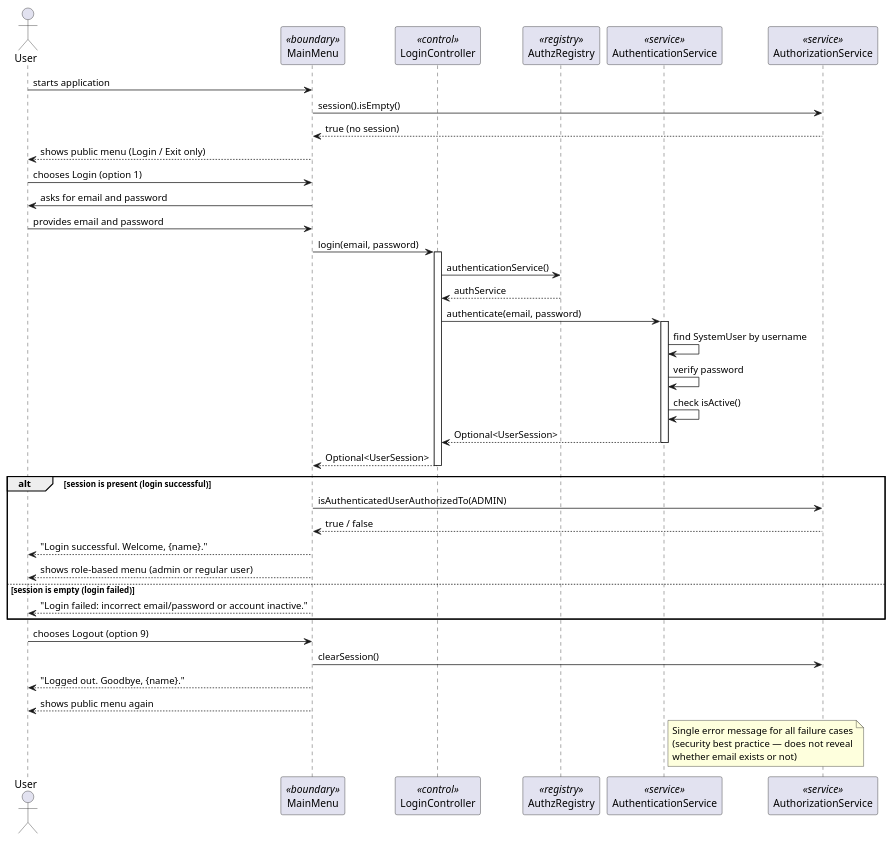
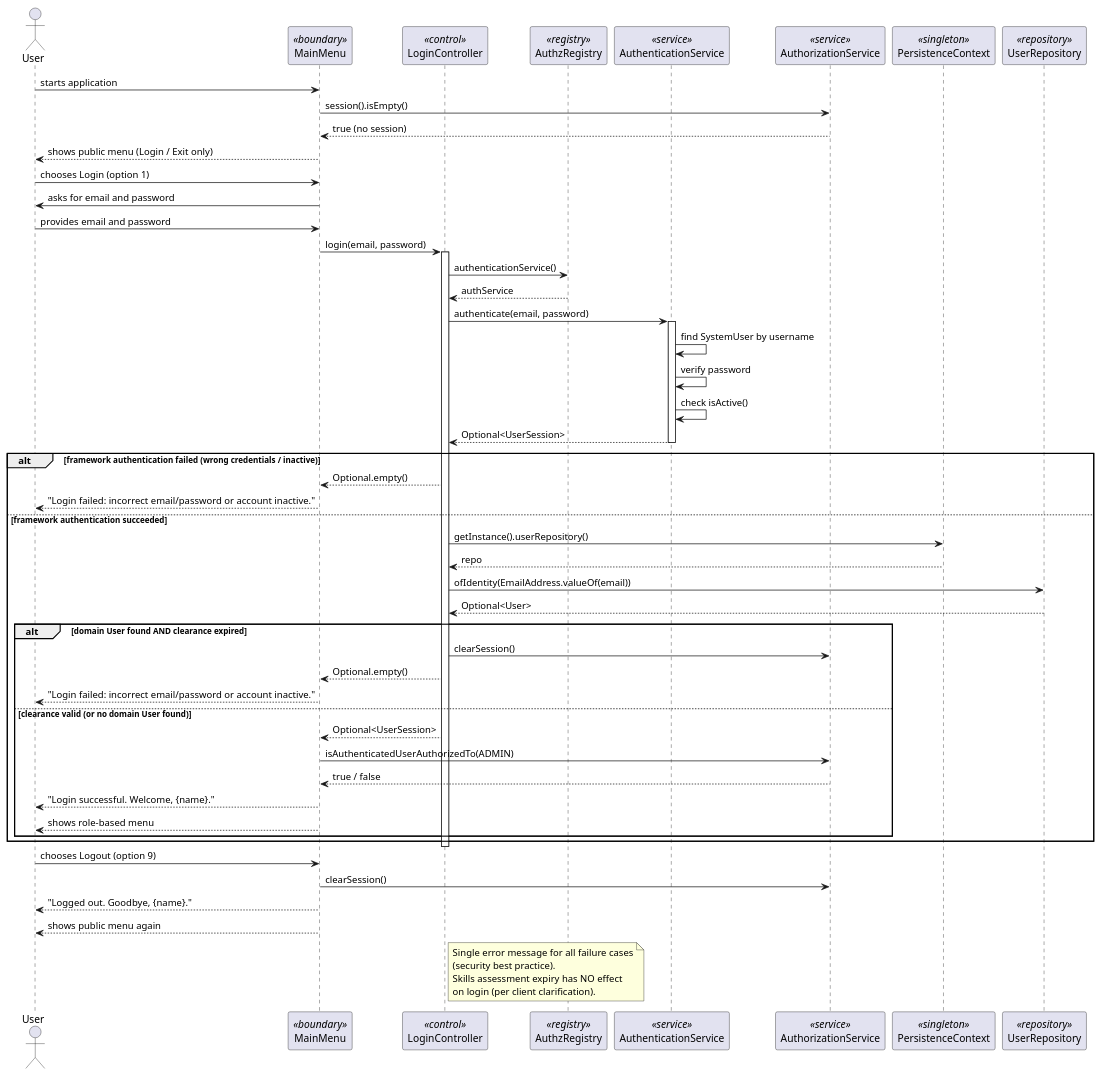
One commit to DuartePinto1240/sem4pi2526-sem4pi2526_2da2 changed the diagram in docs/Sprint 2/EAPLI/US030/puml/US030-sequence-diagram.puml. Above: the diagram before and after it, drawn with PlantUML. The commit also changed 19 other files, not shown here.

Commit message:
US030, US031, US033: Security clearance login check, UserDTO, updated tests and documentation.#5 , #6 and # 8

```diff
--- a/docs/Sprint 2/EAPLI/US030/puml/US030-sequence-diagram.puml
+++ b/docs/Sprint 2/EAPLI/US030/puml/US030-sequence-diagram.puml
@@ -1,51 +1,70 @@
 @startuml
 actor User
 participant MainMenu as MENU <<boundary>>
 participant LoginController as CTRL <<control>>
 participant AuthzRegistry as REG <<registry>>
 participant AuthenticationService as AUTH <<service>>
 participant AuthorizationService as AUTHZ <<service>>
+participant PersistenceContext as PCON <<singleton>>
+participant UserRepository as REPO <<repository>>
 
 User -> MENU : starts application
 MENU -> AUTHZ : session().isEmpty()
 AUTHZ --> MENU : true (no session)
 MENU --> User : shows public menu (Login / Exit only)
 
 User -> MENU : chooses Login (option 1)
 MENU -> User : asks for email and password
 User -> MENU : provides email and password
 
 MENU -> CTRL : login(email, password)
 activate CTRL
+
+' Step 1 — Framework authentication
 CTRL -> REG : authenticationService()
 REG --> CTRL : authService
 CTRL -> AUTH : authenticate(email, password)
 activate AUTH
 AUTH -> AUTH : find SystemUser by username
 AUTH -> AUTH : verify password
 AUTH -> AUTH : check isActive()
 AUTH --> CTRL : Optional<UserSession>
 deactivate AUTH
-CTRL --> MENU : Optional<UserSession>
+
+alt framework authentication failed (wrong credentials / inactive)
+    CTRL --> MENU : Optional.empty()
+    MENU --> User : "Login failed: incorrect email/password or account inactive."
+else framework authentication succeeded
+    ' Step 2 — Domain clearance check
+    CTRL -> PCON : getInstance().userRepository()
+    PCON --> CTRL : repo
+    CTRL -> REPO : ofIdentity(EmailAddress.valueOf(email))
+    REPO --> CTRL : Optional<User>
+
+    alt domain User found AND clearance expired
+        CTRL -> AUTHZ : clearSession()
+        CTRL --> MENU : Optional.empty()
+        MENU --> User : "Login failed: incorrect email/password or account inactive."
+    else clearance valid (or no domain User found)
+        CTRL --> MENU : Optional<UserSession>
+        MENU -> AUTHZ : isAuthenticatedUserAuthorizedTo(ADMIN)
+        AUTHZ --> MENU : true / false
+        MENU --> User : "Login successful. Welcome, {name}."
+        MENU --> User : shows role-based menu
+    end
+end
+
 deactivate CTRL
-
-alt session is present (login successful)
-    MENU -> AUTHZ : isAuthenticatedUserAuthorizedTo(ADMIN)
-    AUTHZ --> MENU : true / false
-    MENU --> User : "Login successful. Welcome, {name}."
-    MENU --> User : shows role-based menu (admin or regular user)
-else session is empty (login failed)
-    MENU --> User : "Login failed: incorrect email/password or account inactive."
-end
 
 User -> MENU : chooses Logout (option 9)
 MENU -> AUTHZ : clearSession()
 MENU --> User : "Logged out. Goodbye, {name}."
 MENU --> User : shows public menu again
 
-note right of AUTH
+note right of CTRL
   Single error message for all failure cases
-  (security best practice — does not reveal
-  whether email exists or not)
+  (security best practice).
+  Skills assessment expiry has NO effect
+  on login (per client clarification).
 end note
 @enduml
```
